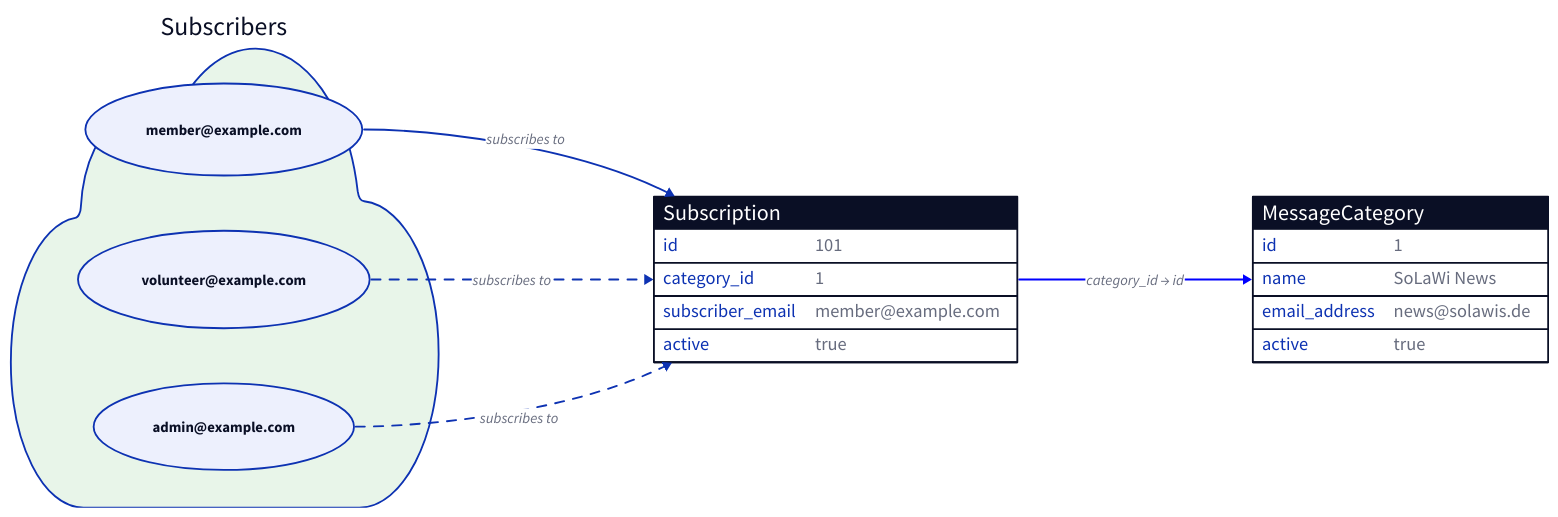
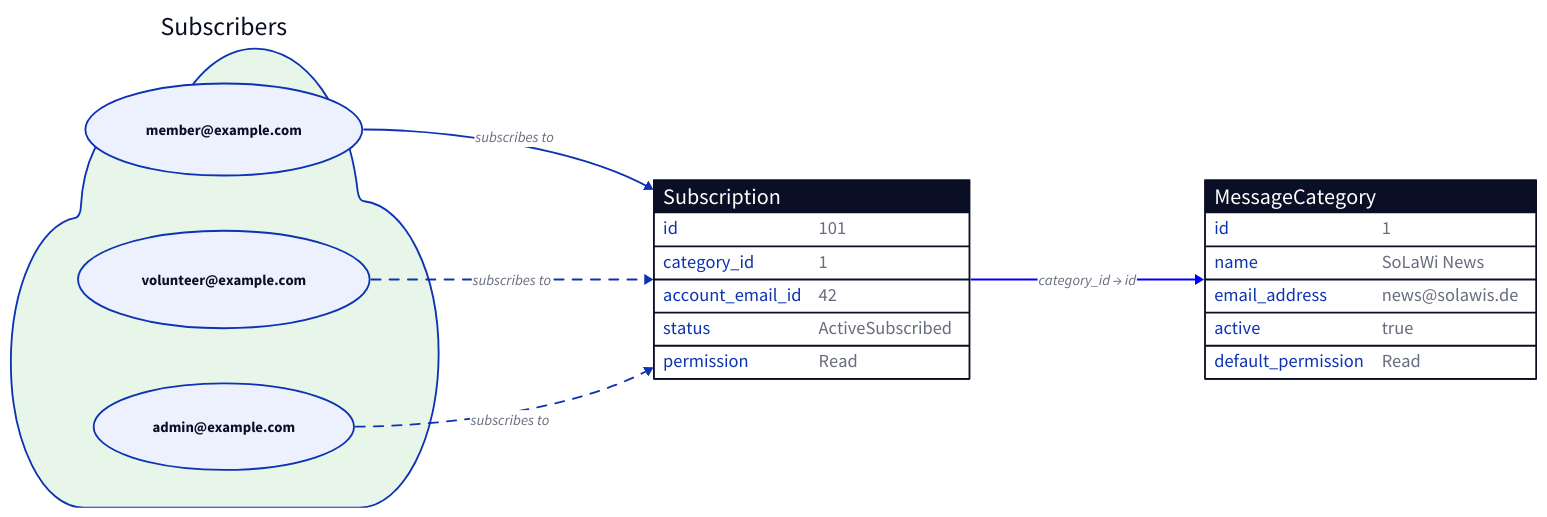
One commit to enaut/kommunikationszentrum changed the diagram in docs/src/email/categories-subscription-relationship.d2. Above: the diagram before and after it, drawn with D2. The commit also changed 94 other files, not shown here.

```diff
--- a/docs/src/email/categories-subscription-relationship.d2
+++ b/docs/src/email/categories-subscription-relationship.d2
@@ -1,31 +1,33 @@
 direction: right
 
 categories: "MessageCategory" {
     shape: sql_table
     id: 1
     name: "SoLaWi News"
     email_address: "news@solawis.de"
     active: true
+    default_permission: "Read"
 }
 subscriptions: "Subscription"{
     shape: sql_table
     id: 101
     category_id: 1
-    subscriber_email: "member@example.com"
-    active: true
+    account_email_id: 42
+    status: "ActiveSubscribed"
+    permission: "Read"
 }
 
 subscriptions.category_id -> categories.id: "category_id → id" {
   style.stroke: blue
 }
 subscribers: "Subscribers" {
   shape: cloud
   style.fill: "#e8f5e9"
   user1: "member@example.com" { shape: oval }
   user2: "volunteer@example.com" { shape: oval }
   user3: "admin@example.com" { shape: oval }
 }
 
 subscribers.user1 -> subscriptions: "subscribes to"
 subscribers.user2 -> subscriptions: "subscribes to" { style.stroke-dash: 5 }
 subscribers.user3 -> subscriptions: "subscribes to" { style.stroke-dash: 5 }
```
